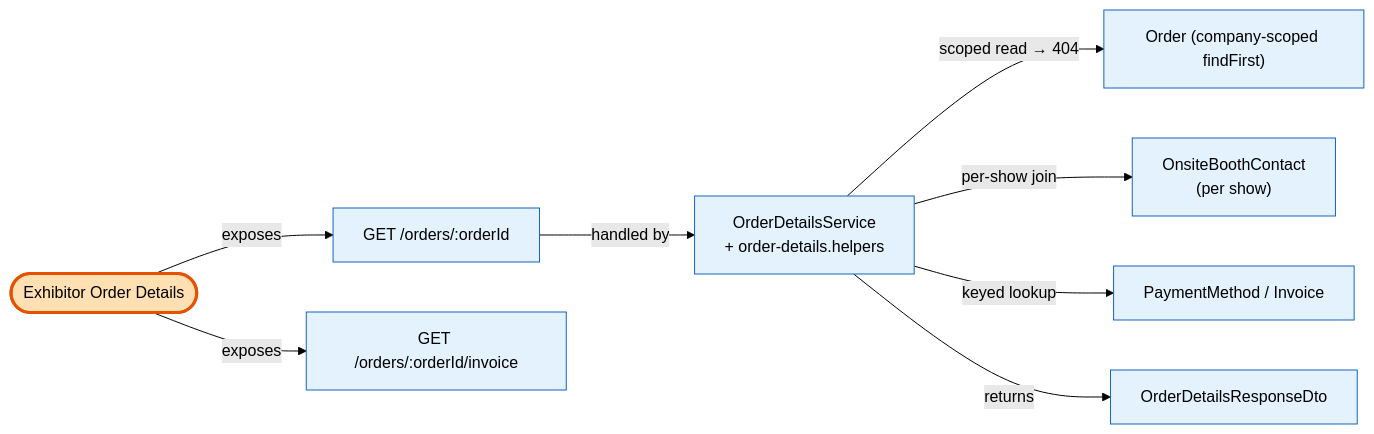
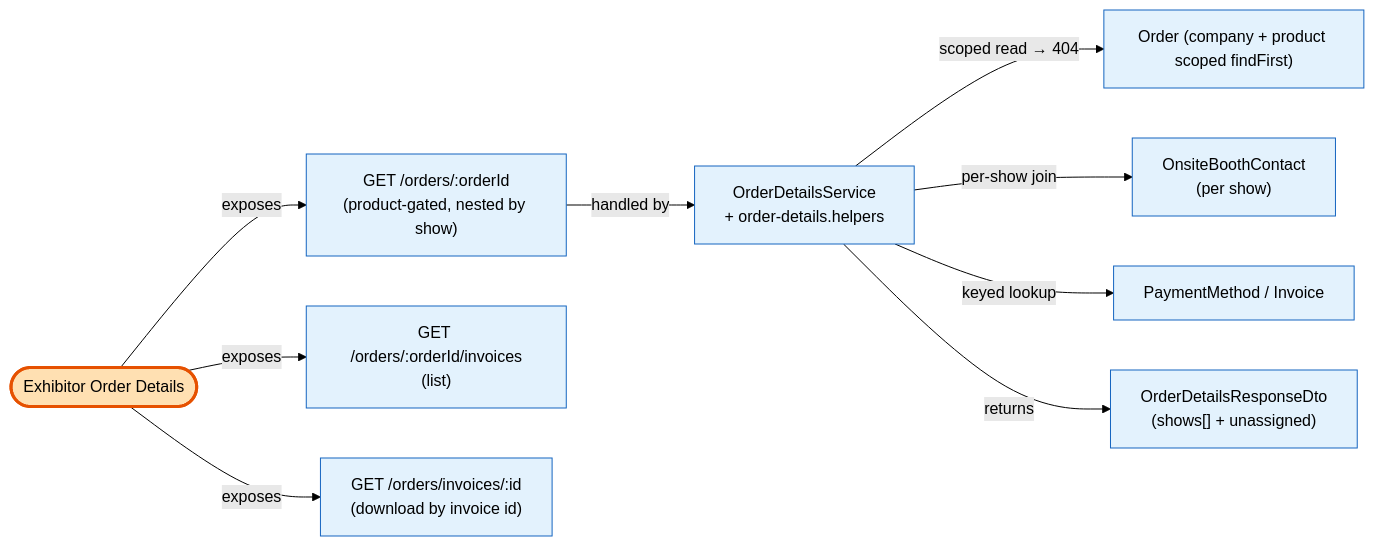
One commit to prantikUIPL/sbe-backend-workspace changed the diagram in orders-guide/2-capabilities/ego/exhibitor-order-details.mmd. Above: the diagram before and after it, drawn with Mermaid (forest theme). The commit also changed 11 other files, not shown here.

First line of the commit message:
docs(order-history): record SBE-1147 nesting + SBE-1146 invoice rework on the 13.3 docs

```diff
--- a/orders-guide/2-capabilities/ego/exhibitor-order-details.mmd
+++ b/orders-guide/2-capabilities/ego/exhibitor-order-details.mmd
@@ -1,22 +1,24 @@
 flowchart LR
     CAP(["Exhibitor Order Details"])
-    EP_GET["GET /orders/:orderId"]
-    EP_INV["GET /orders/:orderId/invoice"]
+    EP_GET["GET /orders/:orderId<br/>(product-gated, nested by show)"]
+    EP_INVL["GET /orders/:orderId/invoices<br/>(list)"]
+    EP_INV["GET /orders/invoices/:id<br/>(download by invoice id)"]
     SVC["OrderDetailsService<br/>+ order-details.helpers"]
-    ORDER["Order (company-scoped findFirst)"]
+    ORDER["Order (company + product scoped findFirst)"]
     ONSITE["OnsiteBoothContact<br/>(per show)"]
     PM["PaymentMethod / Invoice"]
-    DTO["OrderDetailsResponseDto"]
+    DTO["OrderDetailsResponseDto<br/>(shows[] + unassigned)"]
 
     CAP -->|"exposes"| EP_GET
+    CAP -->|"exposes"| EP_INVL
     CAP -->|"exposes"| EP_INV
     EP_GET -->|"handled by"| SVC
     SVC -->|"scoped read → 404"| ORDER
     SVC -->|"per-show join"| ONSITE
     SVC -->|"keyed lookup"| PM
     SVC -->|"returns"| DTO
 
     classDef ego fill:#ffe0b2,stroke:#e65100,stroke-width:3px,color:#000;
     classDef neighbor fill:#e3f2fd,stroke:#1565c0,color:#000;
     class CAP ego;
-    class EP_GET,EP_INV,SVC,ORDER,ONSITE,PM,DTO neighbor;
+    class EP_GET,EP_INVL,EP_INV,SVC,ORDER,ONSITE,PM,DTO neighbor;
```
